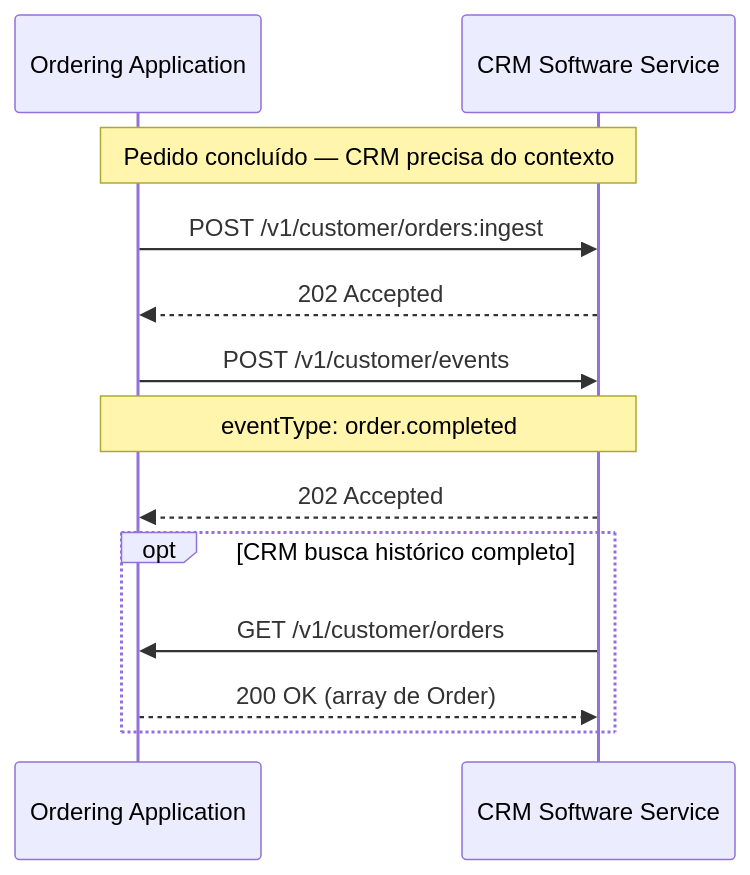
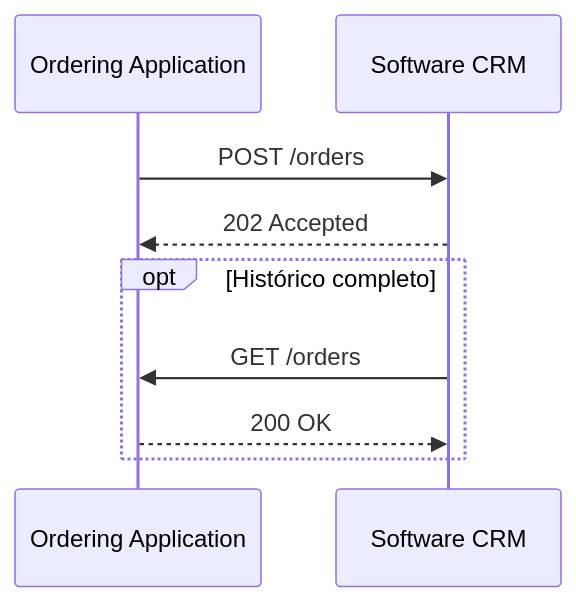
Before and after one commit to Abrasel-Nacional/opendelivery-v2: the fourth of 4 diagrams in docs/protocol/customer.md, drawn with Mermaid. The commit also changed other lines of this file and 230 other files, not shown here.

````diff
--- a/docs/protocol/customer.md
+++ b/docs/protocol/customer.md
@@ -166,18 +165,12 @@
 ```mermaid
 sequenceDiagram
-    participant OA as Ordering Application
-    participant CRM as CRM Software Service
+ participant OA as Ordering Application
+ participant SS as Software CRM
 
-    Note over OA,CRM: Pedido concluído — CRM precisa do contexto
-    OA->>CRM: POST /v1/customer/orders:ingest
-    CRM-->>OA: 202 Accepted
-
-    OA->>CRM: POST /v1/customer/events
-    Note over OA,CRM: eventType: order.completed
-    CRM-->>OA: 202 Accepted
-
-    opt CRM busca histórico completo
-        CRM->>OA: GET /v1/customer/orders
-        OA-->>CRM: 200 OK (array de Order)
-    end
+ OA->>SS: POST /orders
+ SS-->>OA: 202 Accepted
+ opt Histórico completo
+  SS->>OA: GET /orders
+  OA-->>SS: 200 OK
+ end
 ```
````
